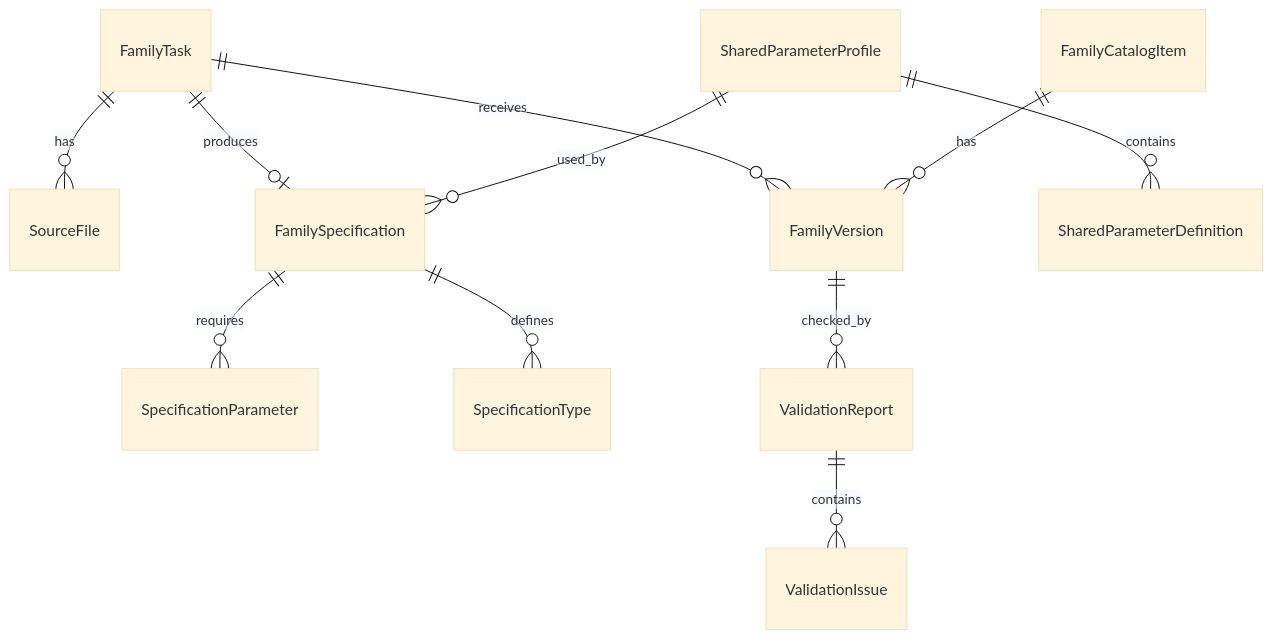
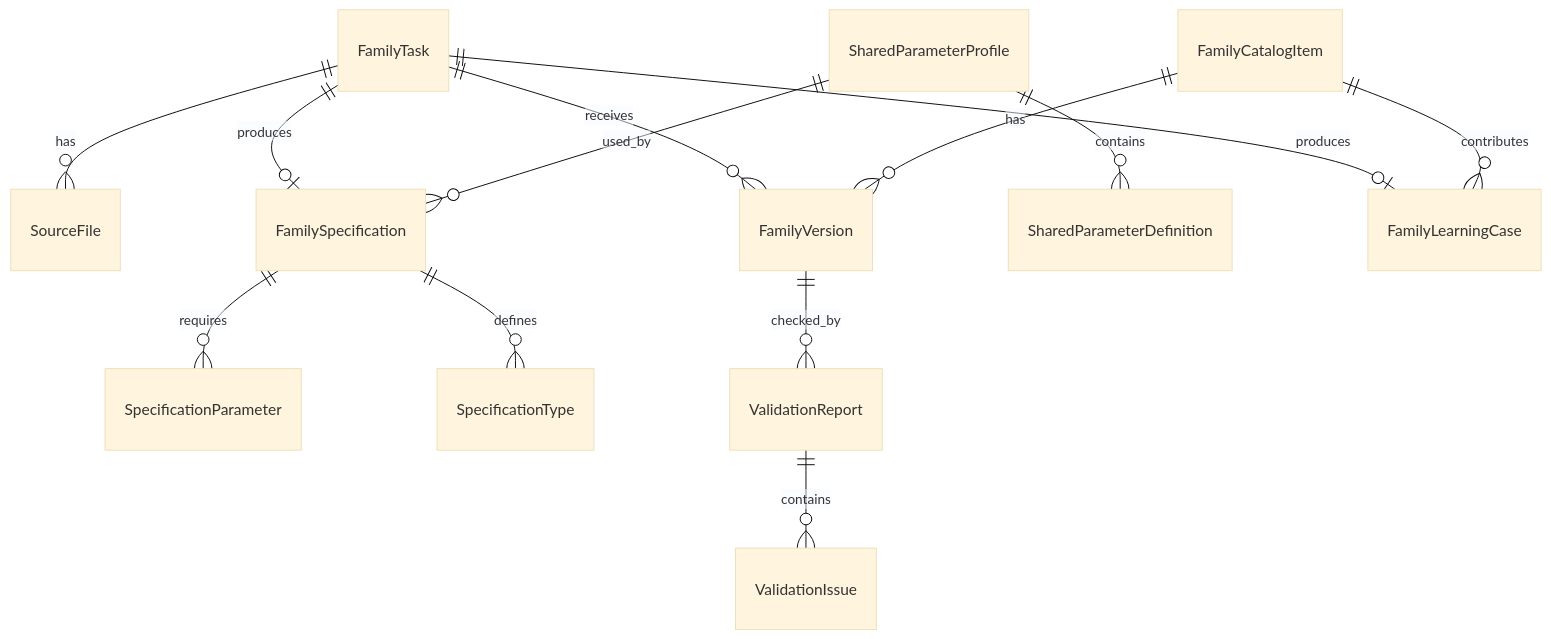
One commit to proovcme/Agnostis changed the diagram in docs/domain-model.md. Above: the diagram before and after it, drawn with Mermaid (base theme). The commit also changed other lines of this file and 4 other files, not shown here.

Commit message:
Document family development learning loop

````diff
--- a/docs/domain-model.md
+++ b/docs/domain-model.md
@@ -201,13 +221,15 @@
 ```mermaid
 erDiagram
     FamilyTask ||--o{ SourceFile : has
     FamilyTask ||--o| FamilySpecification : produces
     FamilyTask ||--o{ FamilyVersion : receives
     SharedParameterProfile ||--o{ SharedParameterDefinition : contains
     SharedParameterProfile ||--o{ FamilySpecification : used_by
     FamilySpecification ||--o{ SpecificationParameter : requires
     FamilySpecification ||--o{ SpecificationType : defines
     FamilyVersion ||--o{ ValidationReport : checked_by
     ValidationReport ||--o{ ValidationIssue : contains
     FamilyCatalogItem ||--o{ FamilyVersion : has
+    FamilyTask ||--o| FamilyLearningCase : produces
+    FamilyCatalogItem ||--o{ FamilyLearningCase : contributes
 ```
````
